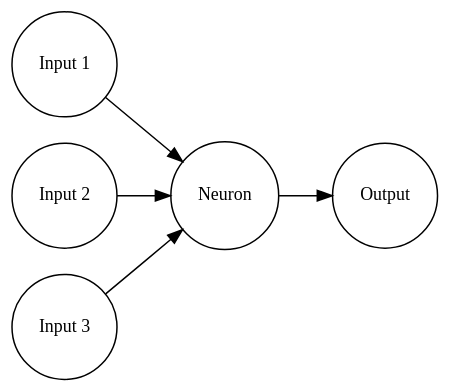
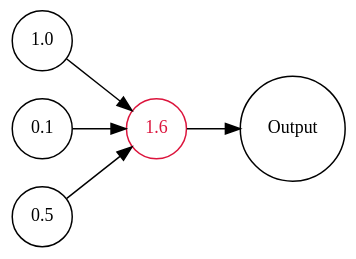
Before and after one commit to sethfair/deep-learning-presentation: the diagram in dot/3_1.dot, drawn with Graphviz.

```diff
--- a/dot/3_1.dot
+++ b/dot/3_1.dot
@@ -1,13 +1,15 @@
 digraph {
     graph [fontname = "Handlee"];
     node [fontname = "Handlee"];
     edge [fontname = "Handlee"];
     bgcolor=transparent;
     splines=line
     rankdir=LR;
     node [shape="circle", fontsize=12];
-    "Input 1" -> "Neuron";
-    "Input 2" -> "Neuron";
-    "Input 3" -> "Neuron";
-    "Neuron" -> "Output";
+    "1.0" -> "1.6";
+    "0.1" -> "1.6";
+    "0.5" -> "1.6";
+    "1.6" -> "Output";
+    
+    "1.6" [color="crimson", fontcolor="crimson"]
 }
```
